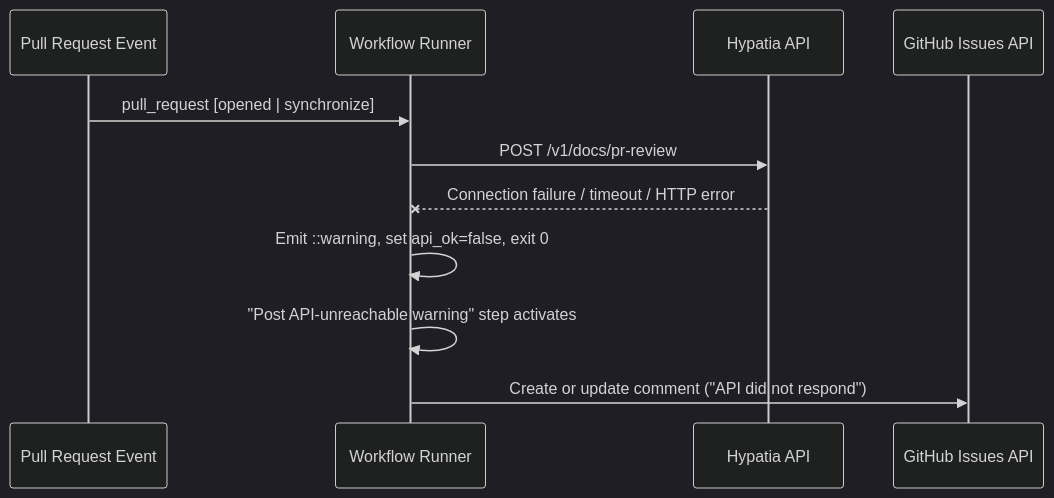
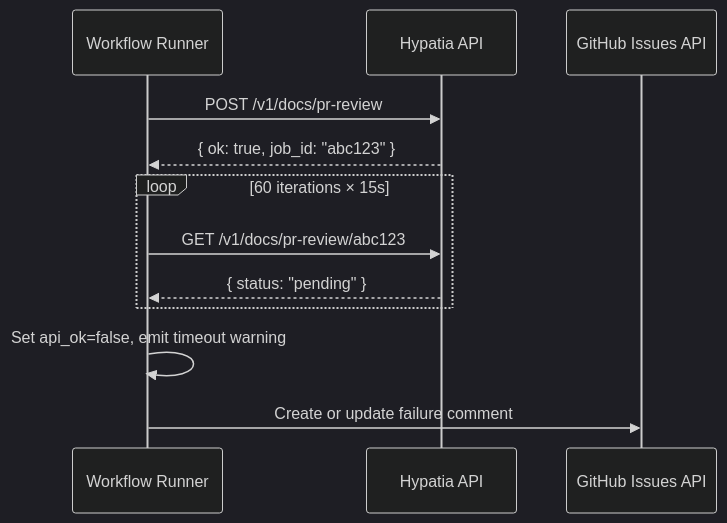
One commit to cornelisnetworks/opa-psm2-tests changed the fourth of 4 diagrams in docs/.github-workflows.md. Above: the diagram before and after it, drawn with Mermaid (dark theme). The commit also changed other lines of this file and 2 other files, not shown here.

````diff
--- a/docs/.github-workflows.md
+++ b/docs/.github-workflows.md
@@ -82,14 +84,15 @@
 ```mermaid
 sequenceDiagram
-    participant PR as Pull Request Event
     participant WF as Workflow Runner
-    participant H as Hypatia API
+    participant API as Hypatia API
     participant GH as GitHub Issues API
 
-    PR->>WF: pull_request [opened | synchronize]
-    WF->>H: POST /v1/docs/pr-review
-    H--xWF: Connection failure / timeout / HTTP error
-    WF->>WF: Emit ::warning, set api_ok=false, exit 0
-    WF->>WF: "Post API-unreachable warning" step activates
-    WF->>GH: Create or update comment ("API did not respond")
+    WF->>API: POST /v1/docs/pr-review
+    API-->>WF: { ok: true, job_id: "abc123" }
+    loop 60 iterations × 15s
+        WF->>API: GET /v1/docs/pr-review/abc123
+        API-->>WF: { status: "pending" }
+    end
+    WF->>WF: Set api_ok=false, emit timeout warning
+    WF->>GH: Create or update failure comment
 ```
````
